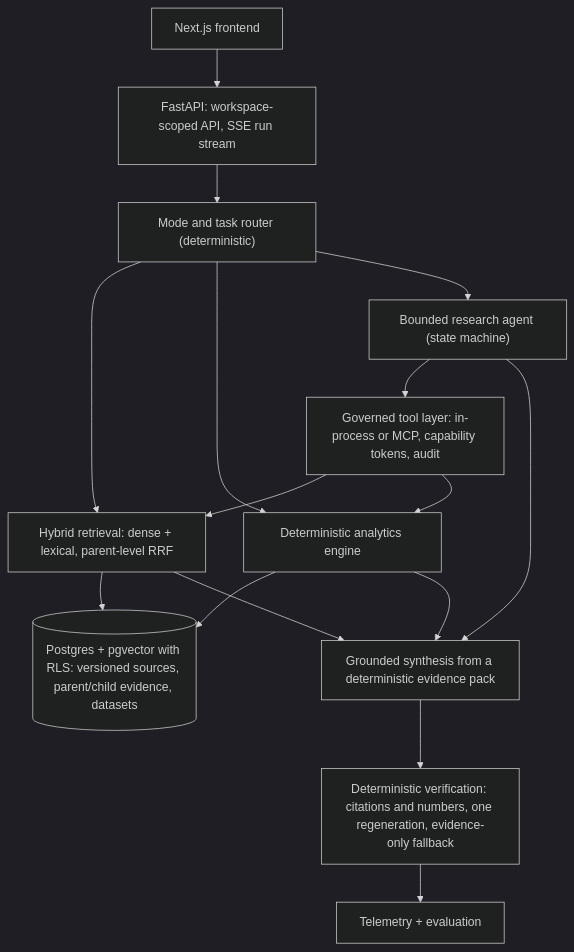
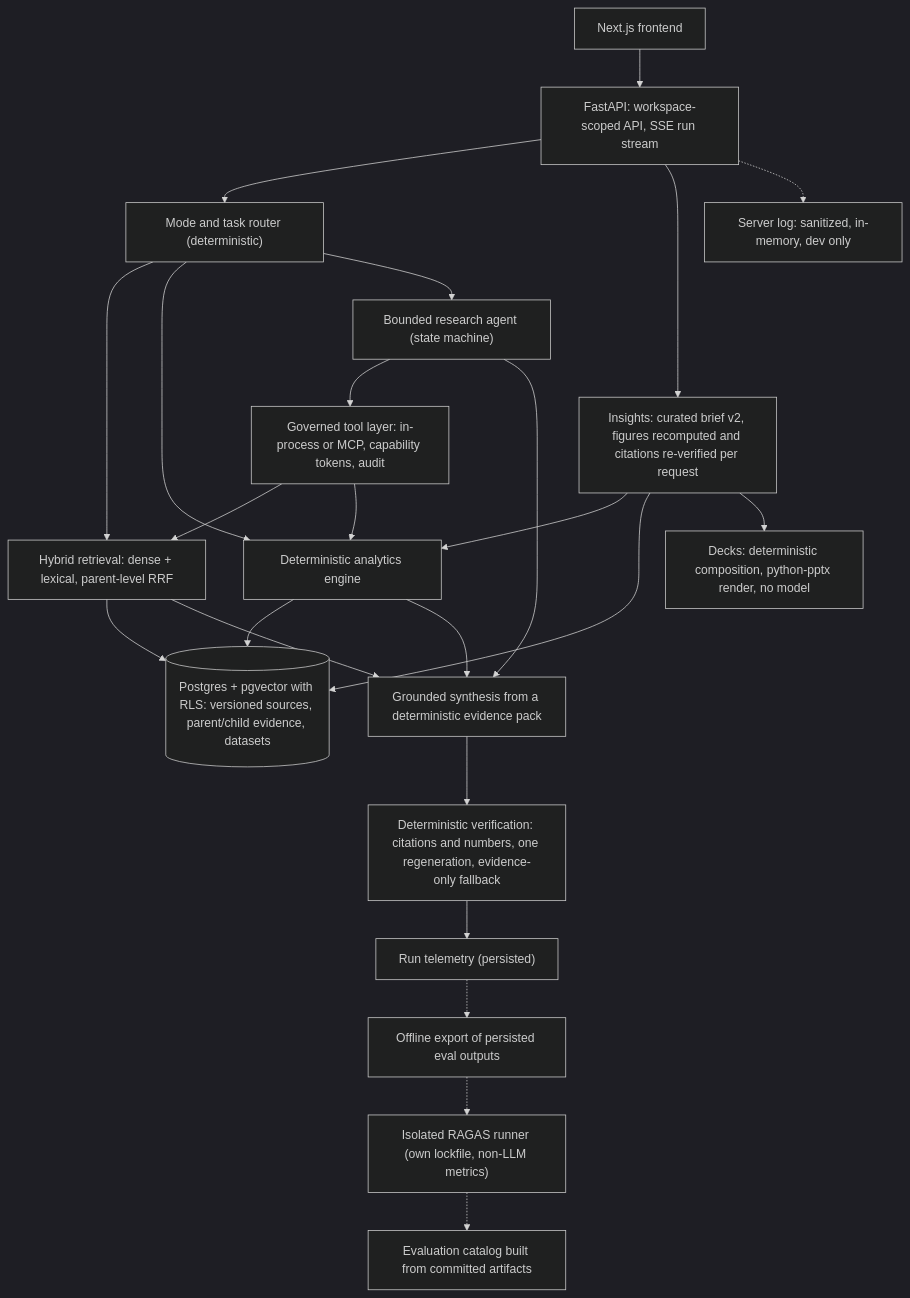
Before and after one commit to aaryanbhardwaj1/MarketSignal: the diagram in README.md, drawn with Mermaid (dark theme). The commit also changed other lines of this file and 1 other file, not shown here.

````diff
--- a/README.md
+++ b/README.md
@@ -36,18 +42,26 @@
 ```mermaid
 flowchart TD
     FE["Next.js frontend"] --> API["FastAPI: workspace-scoped API, SSE run stream"]
     API --> ROUTER["Mode and task router (deterministic)"]
     ROUTER --> RET["Hybrid retrieval: dense + lexical, parent-level RRF"]
     ROUTER --> ANA["Deterministic analytics engine"]
     ROUTER --> AGENT["Bounded research agent (state machine)"]
     AGENT --> TOOLS["Governed tool layer: in-process or MCP, capability tokens, audit"]
     TOOLS --> RET
     TOOLS --> ANA
     RET --> DB[("Postgres + pgvector with RLS: versioned sources, parent/child evidence, datasets")]
     ANA --> DB
     RET --> SYN["Grounded synthesis from a deterministic evidence pack"]
     ANA --> SYN
     AGENT --> SYN
     SYN --> VER["Deterministic verification: citations and numbers, one regeneration, evidence-only fallback"]
-    VER --> OBS["Telemetry + evaluation"]
+    VER --> OBS["Run telemetry (persisted)"]
+    API --> BRIEF["Insights: curated brief v2, figures recomputed and citations re-verified per request"]
+    BRIEF --> ANA
+    BRIEF --> DB
+    BRIEF --> DECK["Decks: deterministic composition, python-pptx render, no model"]
+    API -.-> LOG["Server log: sanitized, in-memory, dev only"]
+    OBS -.-> EXPORT["Offline export of persisted eval outputs"]
+    EXPORT -.-> RAGAS["Isolated RAGAS runner (own lockfile, non-LLM metrics)"]
+    RAGAS -.-> CAT["Evaluation catalog built from committed artifacts"]
 ```
````
